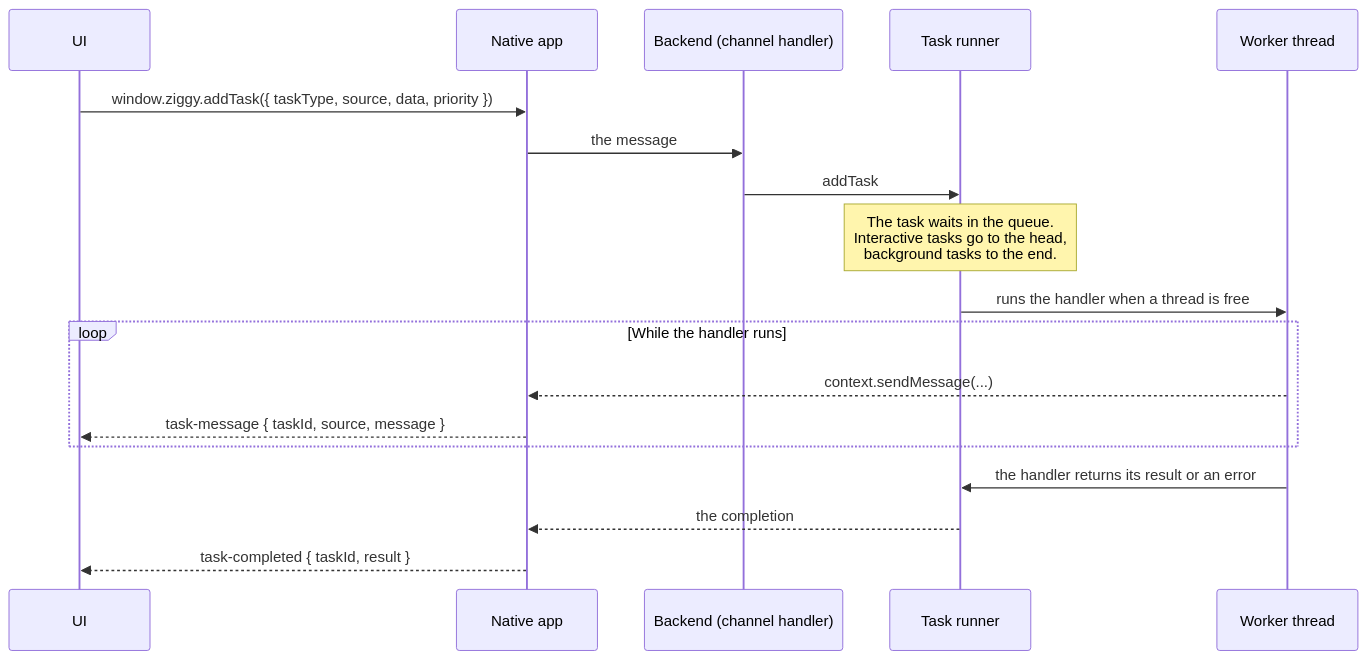
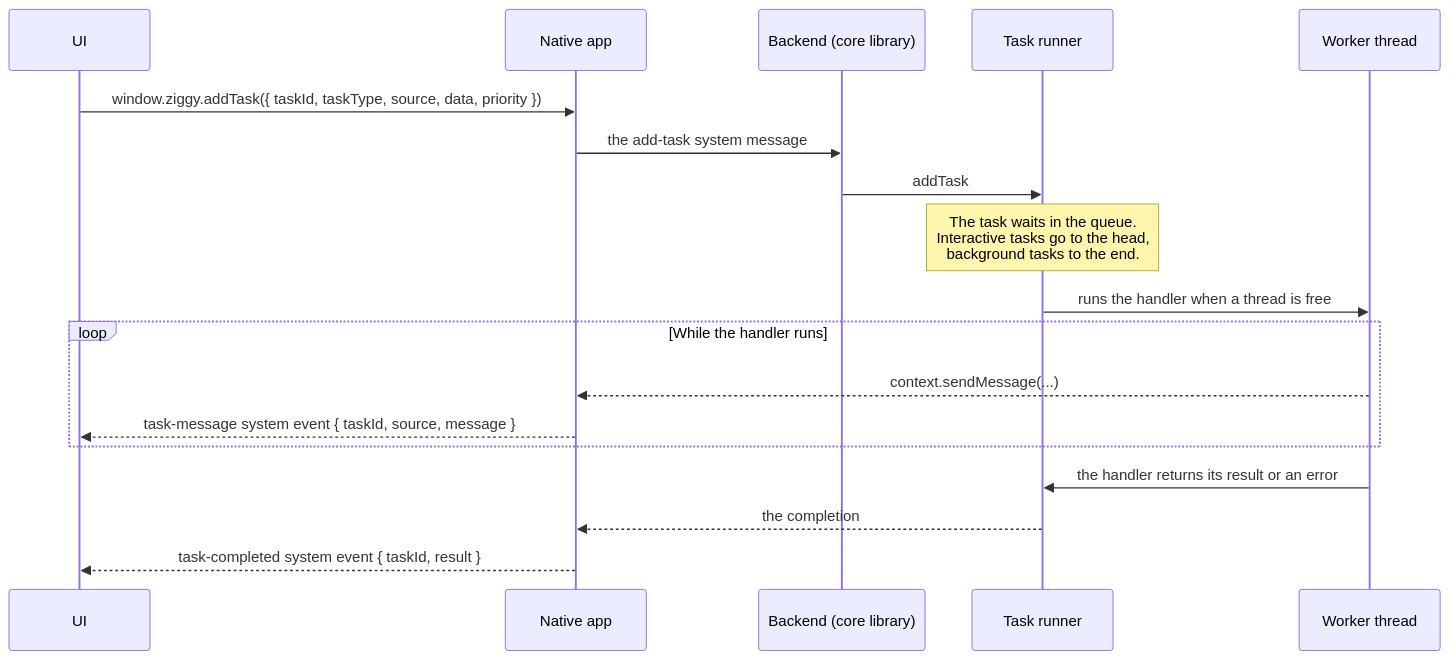
The diagram in docs/user-guide/tasks.md (ashleydavis/ziggy), drawn with Mermaid before and after one commit. The commit also changed other lines of this file and 90 other files, not shown here.

````diff
--- a/docs/user-guide/tasks.md
+++ b/docs/user-guide/tasks.md
@@ -7,21 +7,21 @@
 ```mermaid
 sequenceDiagram
     participant UI
     participant NativeApp as Native app
-    participant Backend as Backend (channel handler)
+    participant Backend as Backend (core library)
     participant Runner as Task runner
     participant Worker as Worker thread
 
-    UI->>NativeApp: window.ziggy.addTask({ taskType, source, data, priority })
-    NativeApp->>Backend: the message
+    UI->>NativeApp: window.ziggy.addTask({ taskId, taskType, source, data, priority })
+    NativeApp->>Backend: the add-task system message
     Backend->>Runner: addTask
     Note over Runner: The task waits in the queue.<br/>Interactive tasks go to the head,<br/>background tasks to the end.
     Runner->>Worker: runs the handler when a thread is free
     loop While the handler runs
         Worker-->>NativeApp: context.sendMessage(...)
-        NativeApp-->>UI: task-message { taskId, source, message }
+        NativeApp-->>UI: task-message system event { taskId, source, message }
     end
     Worker->>Runner: the handler returns its result or an error
     Runner-->>NativeApp: the completion
-    NativeApp-->>UI: task-completed { taskId, result }
+    NativeApp-->>UI: task-completed system event { taskId, result }
 ```
````
